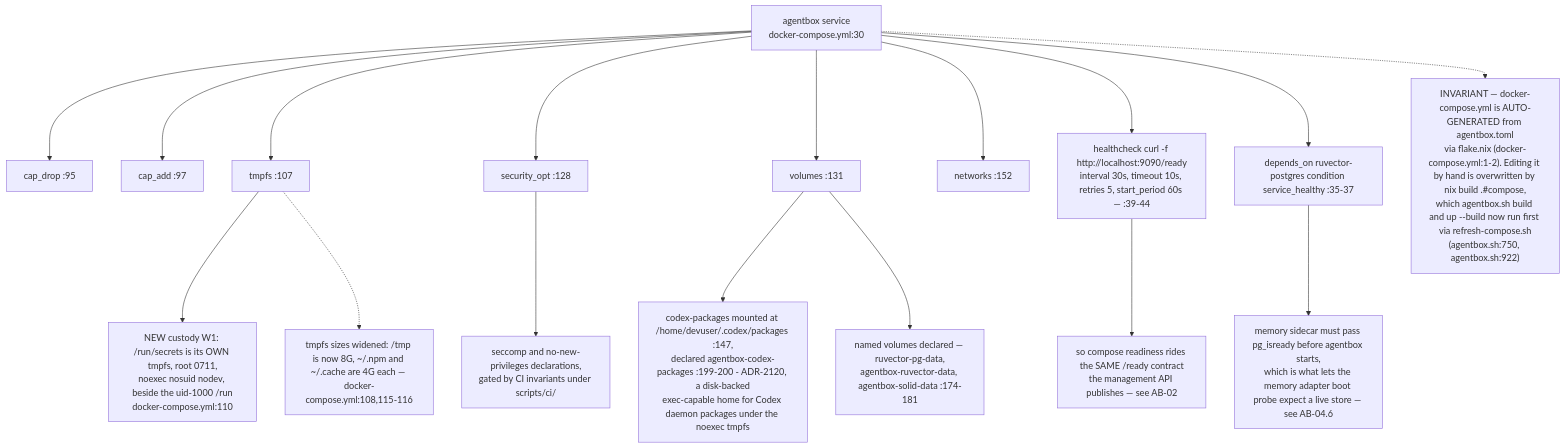
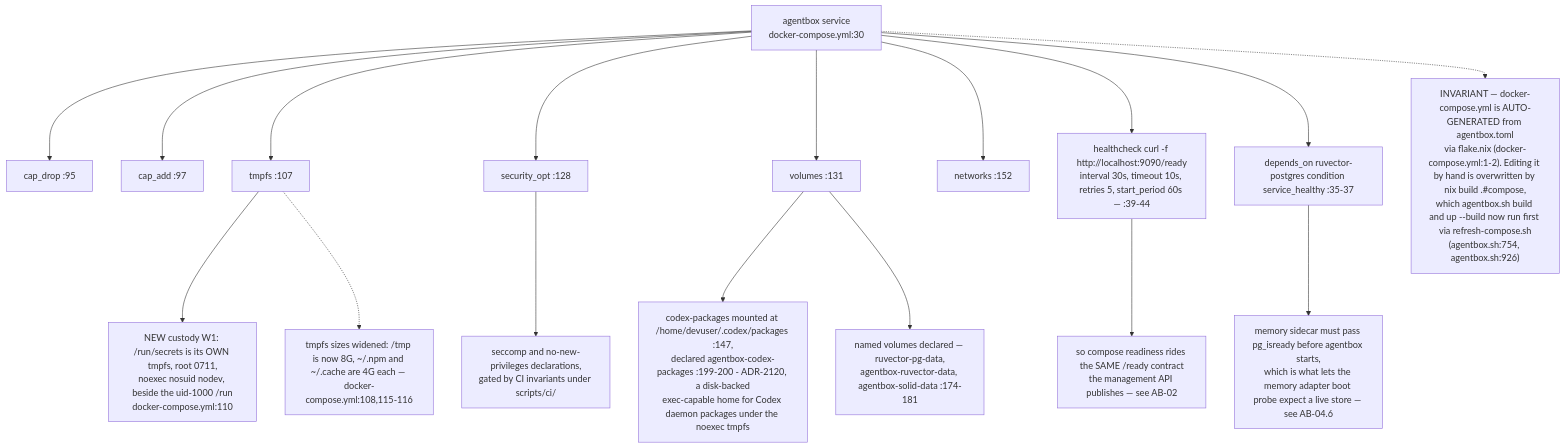
The eighth of 13 diagrams in docs/diagrams/agentbox/06-sidecars-and-compose-overlays.md (DreamLab-AI/VisionFlow), drawn with Mermaid before and after one commit. The commit also changed other lines of this file and 111 other files, not shown here.

Commit message:
docs(diagrams): align estate maps with current source

````diff
--- a/docs/diagrams/agentbox/06-sidecars-and-compose-overlays.md
+++ b/docs/diagrams/agentbox/06-sidecars-and-compose-overlays.md
@@ -244,19 +244,19 @@
 ```mermaid
 flowchart TD
     AB["agentbox service<br/>docker-compose.yml:30"] --> CD["cap_drop :95"]
     AB --> CA2["cap_add :97"]
     AB --> TM["tmpfs :107"]
     TM --> SEC["NEW custody W1: /run/secrets is its OWN tmpfs, root 0711,<br/>noexec nosuid nodev, beside the uid-1000 /run<br/>docker-compose.yml:110"]
     AB --> SO["security_opt :128"]
     AB --> VOL["volumes :131"]
     AB --> NET["networks :152"]
     SO --> SCC["seccomp and no-new-privileges declarations,<br/>gated by CI invariants under scripts/ci/"]
     VOL --> CXP["codex-packages mounted at /home/devuser/.codex/packages :147,<br/>declared agentbox-codex-packages :199-200 - ADR-2120, a disk-backed<br/>exec-capable home for Codex daemon packages under the noexec tmpfs"]
     VOL --> NV["named volumes declared — ruvector-pg-data,<br/>agentbox-ruvector-data, agentbox-solid-data :174-181"]
     AB --> HC["healthcheck curl -f http://localhost:9090/ready<br/>interval 30s, timeout 10s, retries 5, start_period 60s — :39-44"]
     HC --> RDY["so compose readiness rides the SAME /ready contract<br/>the management API publishes — see AB-02"]
     AB --> DEP["depends_on ruvector-postgres condition service_healthy :35-37"]
     DEP --> ORD["memory sidecar must pass pg_isready before agentbox starts,<br/>which is what lets the memory adapter boot probe expect a live store — see AB-04.6"]
-    AB -.-> GEN["INVARIANT — docker-compose.yml is AUTO-GENERATED from agentbox.toml<br/>via flake.nix (docker-compose.yml:1-2). Editing it by hand is overwritten by nix build .#compose,<br/>which agentbox.sh build and up --build now run first via refresh-compose.sh<br/>(agentbox.sh:750, agentbox.sh:922)"]
+    AB -.-> GEN["INVARIANT — docker-compose.yml is AUTO-GENERATED from agentbox.toml<br/>via flake.nix (docker-compose.yml:1-2). Editing it by hand is overwritten by nix build .#compose,<br/>which agentbox.sh build and up --build now run first via refresh-compose.sh<br/>(agentbox.sh:754, agentbox.sh:926)"]
     TM -.-> TMS["tmpfs sizes widened: /tmp is now 8G, ~/.npm and ~/.cache are 4G each — docker-compose.yml:108,115-116"]
 ```
````
